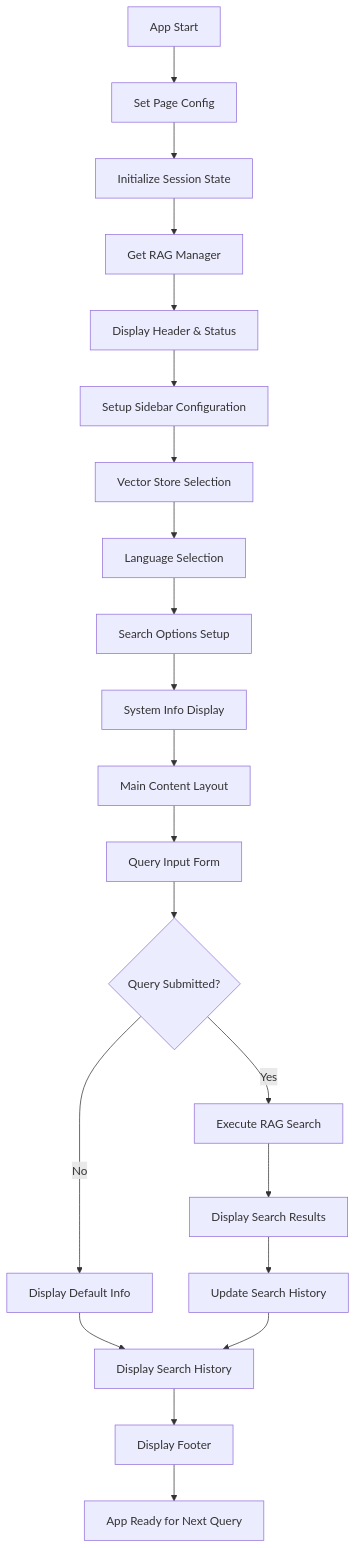
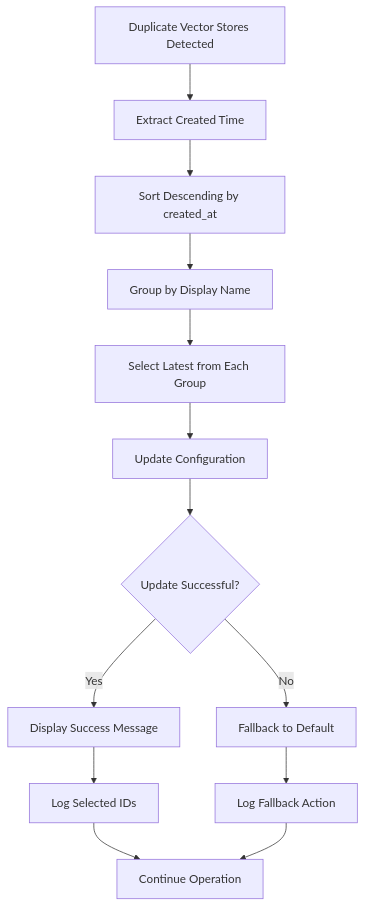
Before and after one commit to nakashima2toshio/openai_rag_app: diagram 14 of 15 in doc/a30_30_rag_search.md, drawn with Mermaid. The commit also changed other lines of this file, not shown here.

````diff
--- a/doc/a30_30_rag_search.md
+++ b/doc/a30_30_rag_search.md
@@ -599,28 +739,15 @@
 ```mermaid
 graph TD
-    A["App Start"] --> B["Set Page Config"]
-    B --> C["Initialize Session State"]
-    C --> D["Get RAG Manager"]
-    D --> E["Display Header & Status"]
-    E --> F["Setup Sidebar Configuration"]
-  
-    F --> G["Vector Store Selection"]
-    G --> H["Language Selection"]
-    H --> I["Search Options Setup"]
-    I --> J["System Info Display"]
-  
-    J --> K["Main Content Layout"]
-    K --> L["Query Input Form"]
-    L --> M{"Query Submitted?"}
-  
-    M -->|Yes| N["Execute RAG Search"]
-    M -->|No| O["Display Default Info"]
-  
-    N --> P["Display Search Results"]
-    P --> Q["Update Search History"]
-  
-    O --> R["Display Search History"]
-    Q --> R
-    R --> S["Display Footer"]
-    S --> T["App Ready for Next Query"]
+    A["Duplicate Vector Stores Detected"] --> B["Extract Created Time"]
+    B --> C["Sort Descending by created_at"]
+    C --> D["Group by Display Name"]
+    D --> E["Select Latest from Each Group"]
+    E --> F["Update Configuration"]
+    F --> G{"Update Successful?"}
+    G -->|Yes| H["Display Success Message"]
+    G -->|No| I["Fallback to Default"]
+    H --> J["Log Selected IDs"]
+    I --> K["Log Fallback Action"]
+    J --> L["Continue Operation"]
+    K --> L
 ```
````
